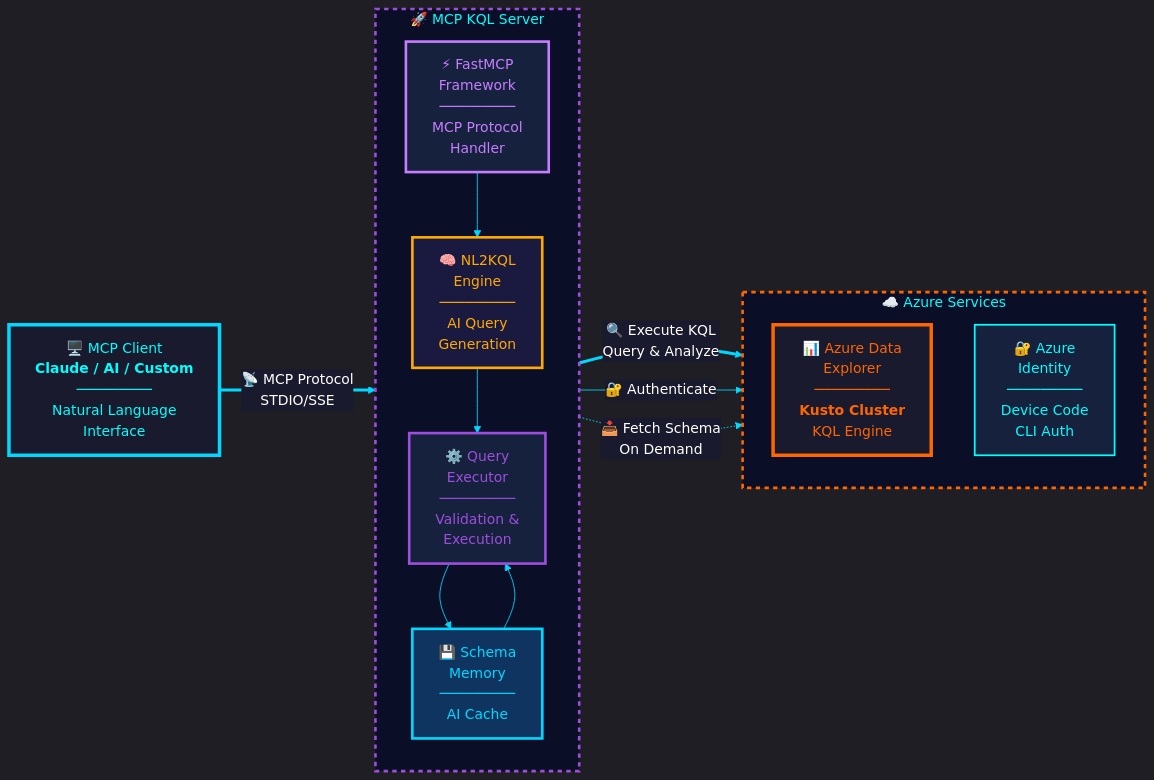
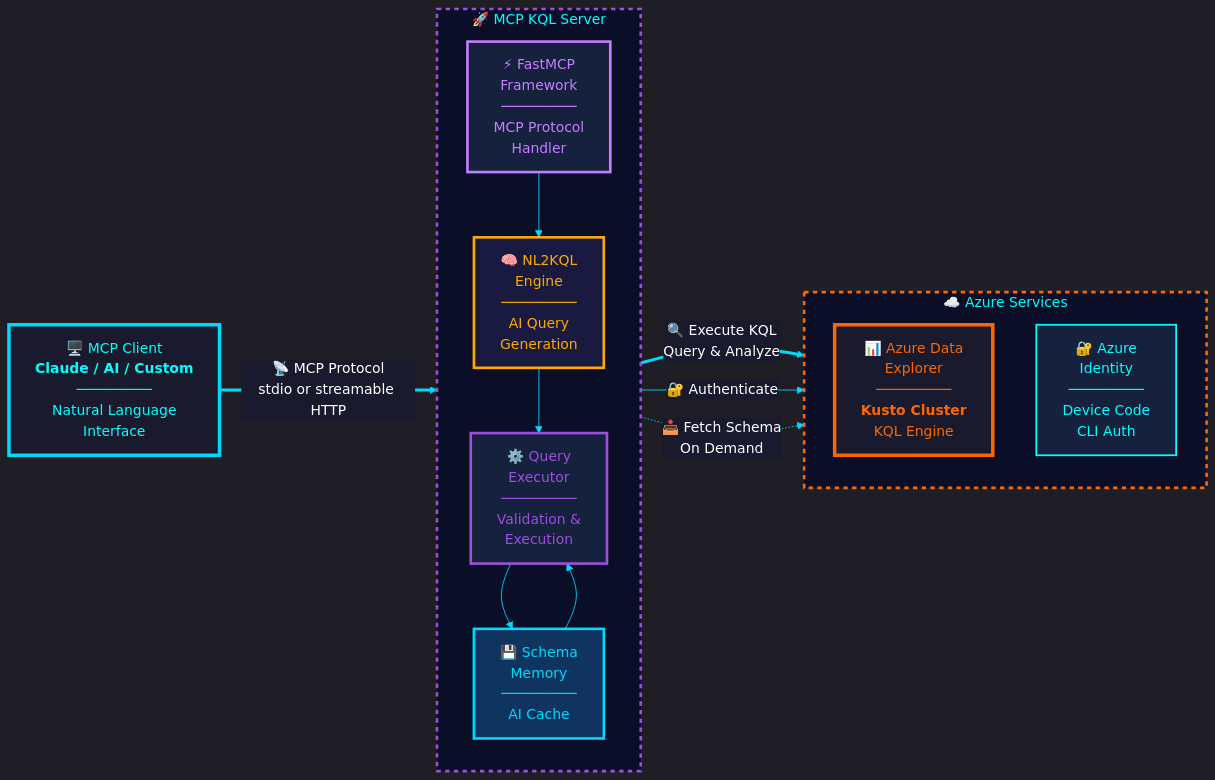
The third of 3 diagrams in README.md (4R9UN/mcp-kql-server), drawn with Mermaid before and after one commit. The commit also changed other lines of this file and 19 other files, not shown here.

Commit message:
fix: improve FastMCP startup and HTTP transport

````diff
--- a/README.md
+++ b/README.md
@@ -373,65 +405,65 @@
 ```mermaid
 %%{init: {'theme':'dark', 'themeVariables': {
   'primaryColor':'#1a1a2e',
   'primaryTextColor':'#00d9ff',
   'primaryBorderColor':'#00d9ff',
   'secondaryColor':'#16213e',
   'secondaryTextColor':'#c77dff',
   'secondaryBorderColor':'#c77dff',
   'tertiaryColor':'#0f3460',
   'tertiaryTextColor':'#ffaa00',
   'tertiaryBorderColor':'#ffaa00',
   'lineColor':'#00d9ff',
   'textColor':'#ffffff',
   'mainBkg':'#0a0e27',
   'nodeBorder':'#00d9ff',
   'clusterBkg':'#16213e',
   'clusterBorder':'#9d4edd',
   'titleColor':'#00ffff',
   'edgeLabelBackground':'#1a1a2e',
   'fontFamily':'Inter, Segoe UI, sans-serif',
   'fontSize':'16px',
   'flowchart':{'nodeSpacing':60, 'rankSpacing':80, 'curve':'basis', 'padding':20}
 }}}%%
 graph LR
     Client["🖥️ MCP Client<br/><b>Claude / AI / Custom</b><br/>─────────<br/>Natural Language<br/>Interface"]
     
     subgraph Server["🚀 MCP KQL Server"]
         direction TB
         FastMCP["⚡ FastMCP<br/>Framework<br/>─────────<br/>MCP Protocol<br/>Handler"]
         NL2KQL["🧠 NL2KQL<br/>Engine<br/>─────────<br/>AI Query<br/>Generation"]
         Executor["⚙️ Query<br/>Executor<br/>─────────<br/>Validation &<br/>Execution"]
         Memory["💾 Schema<br/>Memory<br/>─────────<br/>AI Cache"]
         
         FastMCP --> NL2KQL
         NL2KQL --> Executor
         Executor --> Memory
         Memory --> Executor
     end
     
     subgraph Azure["☁️ Azure Services"]
         direction TB
         ADX["📊 Azure Data<br/>Explorer<br/>─────────<br/><b>Kusto Cluster</b><br/>KQL Engine"]
         Auth["🔐 Azure<br/>Identity<br/>─────────<br/>Device Code<br/>CLI Auth"]
     end
     
     %% Client to Server
-    Client ==>|"📡 MCP Protocol<br/>STDIO/SSE"| FastMCP
+    Client ==>|"📡 MCP Protocol<br/>stdio or streamable HTTP"| FastMCP
     
     %% Server to Azure
     Executor ==>|"🔍 Execute KQL<br/>Query & Analyze"| ADX
     Executor -->|"🔐 Authenticate"| Auth
     Memory -.->|"📥 Fetch Schema<br/>On Demand"| ADX
     
     %% Styling - Using cyberpunk palette
     style Client fill:#1a1a2e,stroke:#00d9ff,stroke-width:4px,color:#00ffff
     style FastMCP fill:#16213e,stroke:#c77dff,stroke-width:3px,color:#c77dff
     style NL2KQL fill:#1a1a40,stroke:#ffaa00,stroke-width:3px,color:#ffaa00
     style Executor fill:#16213e,stroke:#9d4edd,stroke-width:3px,color:#9d4edd
     style Memory fill:#0f3460,stroke:#00d9ff,stroke-width:3px,color:#00d9ff
     style ADX fill:#1a1a2e,stroke:#ff6600,stroke-width:4px,color:#ff6600
     style Auth fill:#16213e,stroke:#00ffff,stroke-width:2px,color:#00ffff
     
     style Server fill:#0a0e27,stroke:#9d4edd,stroke-width:3px,stroke-dasharray: 5 5
     style Azure fill:#0a0e27,stroke:#ff6600,stroke-width:3px,stroke-dasharray: 5 5
 ```
````
